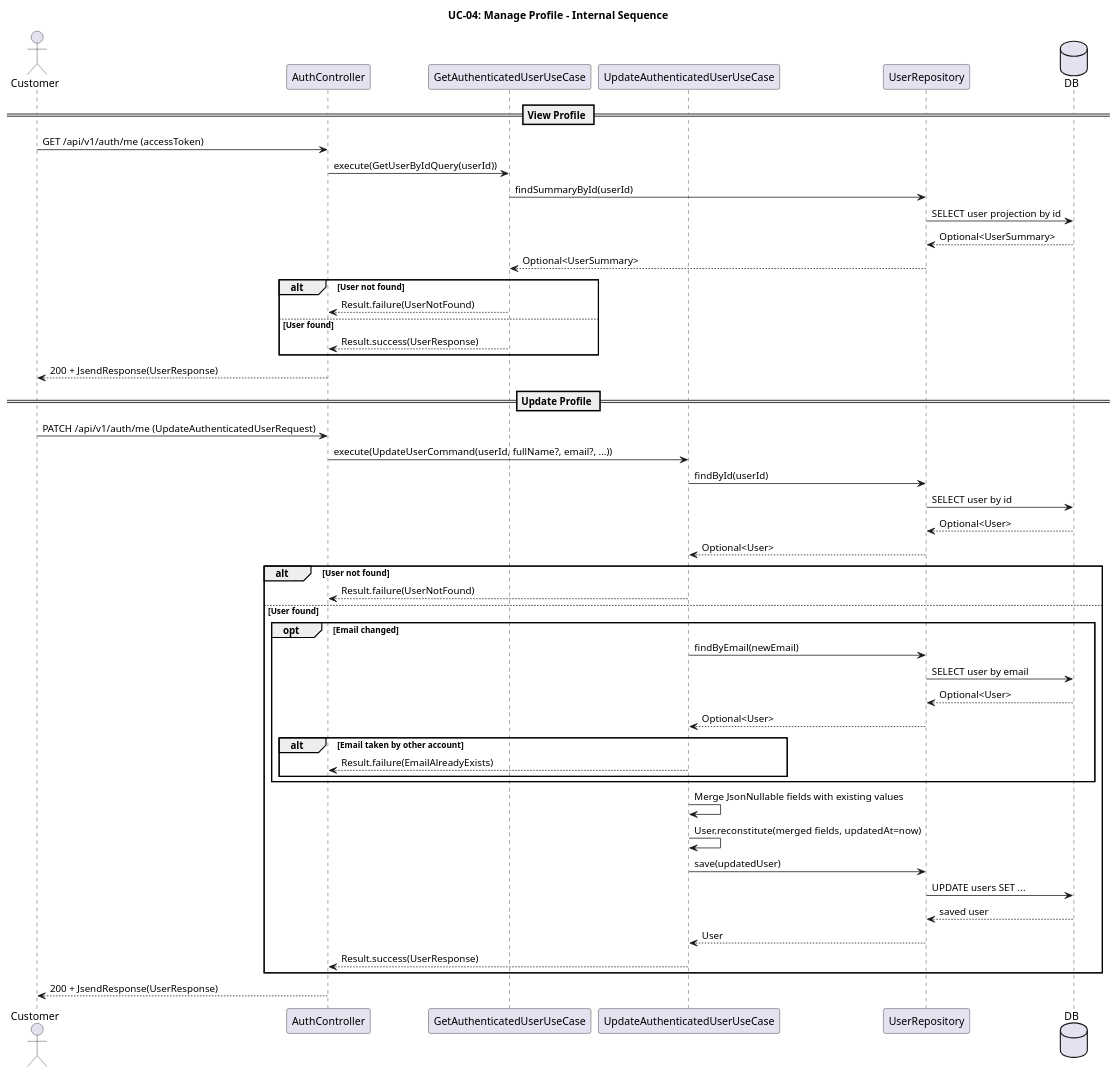
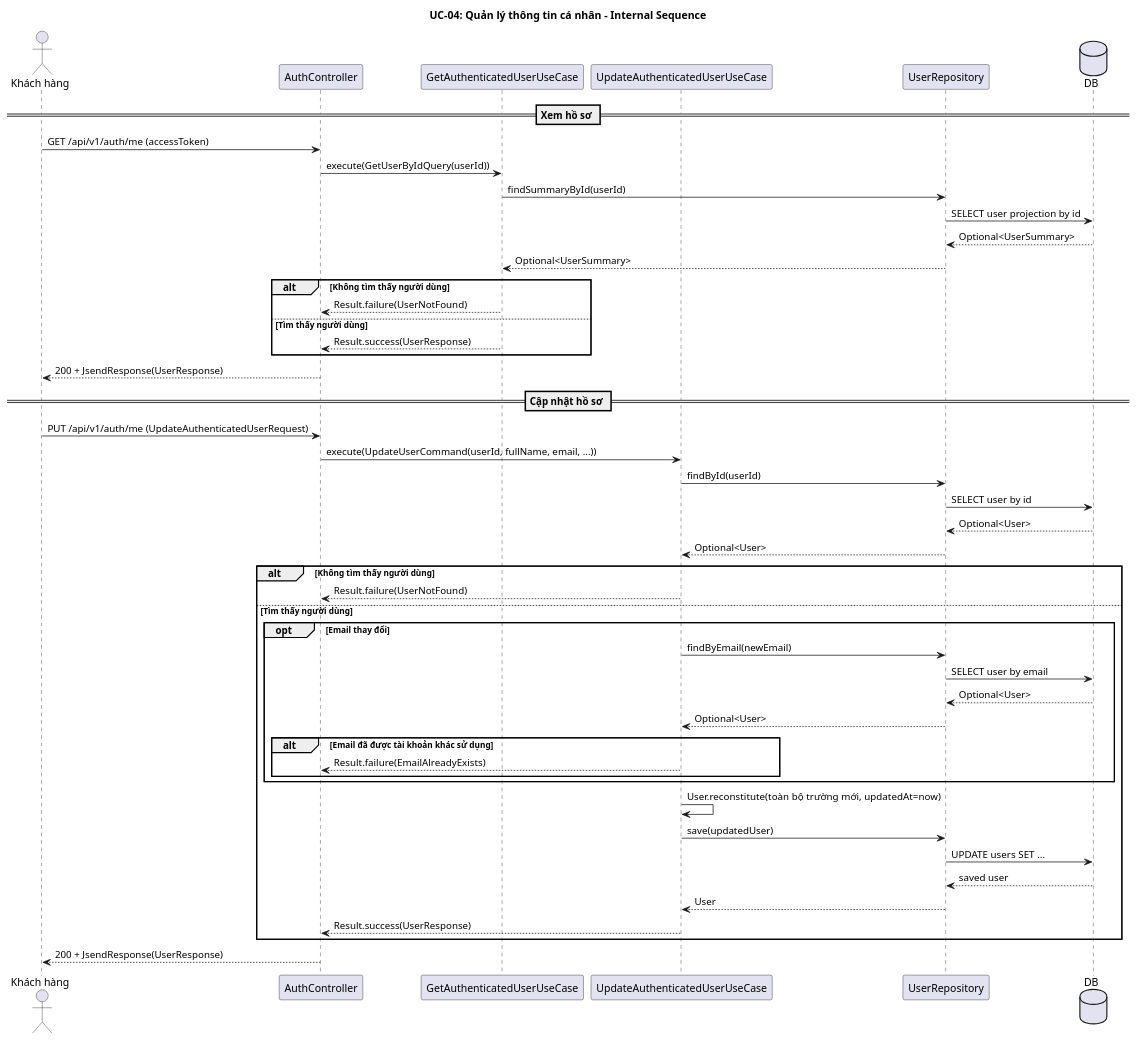
The fifth of 7 diagrams in docs/usecases/UC-04-quan-ly-thong-tin-ca-nhan.md (Phunguy65/train-ticket-booking-system-plus), drawn with PlantUML before and after one commit. The commit also changed other lines of this file and 14 other files, not shown here.

````diff
--- a/docs/usecases/UC-04-quan-ly-thong-tin-ca-nhan.md
+++ b/docs/usecases/UC-04-quan-ly-thong-tin-ca-nhan.md
@@ -213,58 +248,57 @@
 ```plantuml
 @startuml UC-04-internal
-title UC-04: Manage Profile - Internal Sequence
+title UC-04: Quản lý thông tin cá nhân - Internal Sequence
 
-actor "Customer" as Actor
+actor "Khách hàng" as Actor
 participant "AuthController" as CTL
 participant "GetAuthenticatedUserUseCase" as GET_UC
 participant "UpdateAuthenticatedUserUseCase" as UPD_UC
 participant "UserRepository" as REPO
 database "DB" as DB
 
-== View Profile ==
+== Xem hồ sơ ==
 
 Actor -> CTL: GET /api/v1/auth/me (accessToken)
 CTL -> GET_UC: execute(GetUserByIdQuery(userId))
 GET_UC -> REPO: findSummaryById(userId)
 REPO -> DB: SELECT user projection by id
 DB --> REPO: Optional<UserSummary>
 REPO --> GET_UC: Optional<UserSummary>
-alt User not found
+alt Không tìm thấy người dùng
     GET_UC --> CTL: Result.failure(UserNotFound)
-else User found
+else Tìm thấy người dùng
     GET_UC --> CTL: Result.success(UserResponse)
 end
 CTL --> Actor: 200 + JsendResponse(UserResponse)
 
-== Update Profile ==
+== Cập nhật hồ sơ ==
 
-Actor -> CTL: PATCH /api/v1/auth/me (UpdateAuthenticatedUserRequest)
-CTL -> UPD_UC: execute(UpdateUserCommand(userId, fullName?, email?, ...))
+Actor -> CTL: PUT /api/v1/auth/me (UpdateAuthenticatedUserRequest)
+CTL -> UPD_UC: execute(UpdateUserCommand(userId, fullName, email, ...))
 UPD_UC -> REPO: findById(userId)
 REPO -> DB: SELECT user by id
 DB --> REPO: Optional<User>
 REPO --> UPD_UC: Optional<User>
 
-alt User not found
+alt Không tìm thấy người dùng
     UPD_UC --> CTL: Result.failure(UserNotFound)
-else User found
-    opt Email changed
+else Tìm thấy người dùng
+    opt Email thay đổi
         UPD_UC -> REPO: findByEmail(newEmail)
         REPO -> DB: SELECT user by email
         DB --> REPO: Optional<User>
         REPO --> UPD_UC: Optional<User>
-        alt Email taken by other account
+        alt Email đã được tài khoản khác sử dụng
             UPD_UC --> CTL: Result.failure(EmailAlreadyExists)
         end
     end
-    UPD_UC -> UPD_UC: Merge JsonNullable fields with existing values
-    UPD_UC -> UPD_UC: User.reconstitute(merged fields, updatedAt=now)
+    UPD_UC -> UPD_UC: User.reconstitute(toàn bộ trường mới, updatedAt=now)
     UPD_UC -> REPO: save(updatedUser)
     REPO -> DB: UPDATE users SET ...
     DB --> REPO: saved user
     REPO --> UPD_UC: User
     UPD_UC --> CTL: Result.success(UserResponse)
 end
 CTL --> Actor: 200 + JsendResponse(UserResponse)
 @enduml
 ```
````
